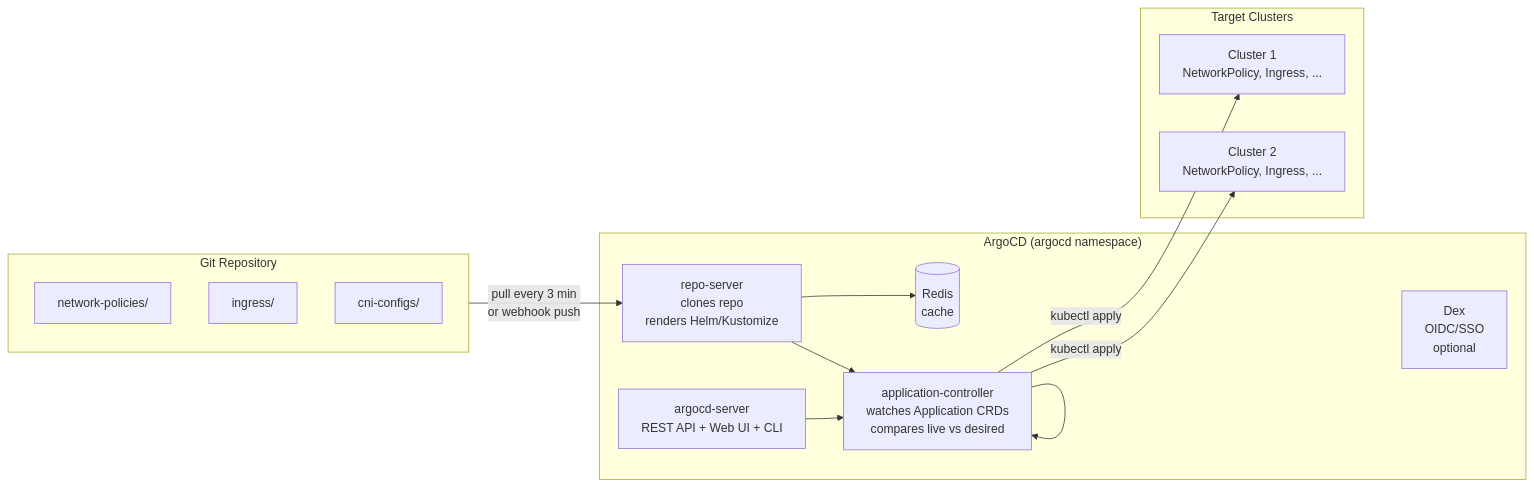
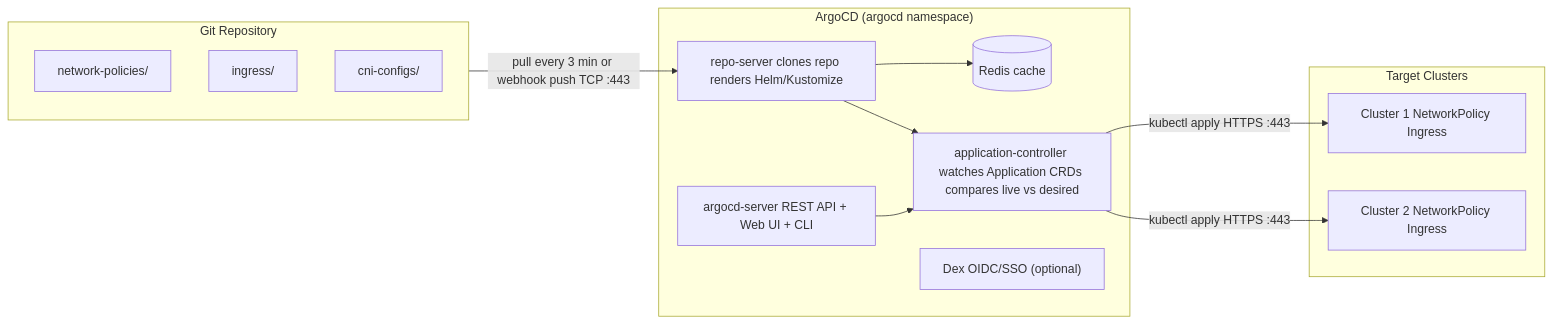
The first of 2 diagrams in lessons/33-argocd-gitops.md (MykolaLebid/Kubernetes_networking_engineering), drawn with Mermaid before and after one commit. The commit also changed other lines of this file and 35 other files, not shown here.

First line of the commit message:
Restructure all 34 lessons: Theory/Practice split, richer diagrams, industry examples, navigation

````diff
--- a/lessons/33-argocd-gitops.md
+++ b/lessons/33-argocd-gitops.md
@@ -26,23 +18,23 @@
 ```mermaid
 flowchart LR
     subgraph Git["Git Repository"]
-        NP[network-policies/]
-        IC[ingress/]
-        CNI[cni-configs/]
+        NP["network-policies/"]
+        IC["ingress/"]
+        CNI["cni-configs/"]
     end
     subgraph ArgoCD["ArgoCD (argocd namespace)"]
-        RS[repo-server\nclones repo\nrenders Helm/Kustomize] --> Redis[(Redis\ncache)]
-        AC[application-controller\nwatches Application CRDs\ncompares live vs desired] --> AC
-        SRV[argocd-server\nREST API + Web UI + CLI]
-        DEX[Dex\nOIDC/SSO\noptional]
+        RS["repo-server clones repo renders Helm/Kustomize"] --> Redis[("Redis cache")]
+        AC["application-controller watches Application CRDs compares live vs desired"]
+        SRV["argocd-server REST API + Web UI + CLI"]
+        DEX["Dex OIDC/SSO (optional)"]
     end
     subgraph Clusters["Target Clusters"]
-        K1[Cluster 1\nNetworkPolicy, Ingress, ...]
-        K2[Cluster 2\nNetworkPolicy, Ingress, ...]
+        K1["Cluster 1 NetworkPolicy Ingress"]
+        K2["Cluster 2 NetworkPolicy Ingress"]
     end
-    Git -->|pull every 3 min\nor webhook push| RS
+    Git --"pull every 3 min or webhook push TCP :443"--> RS
     RS --> AC
-    AC -->|kubectl apply| K1
-    AC -->|kubectl apply| K2
+    AC --"kubectl apply HTTPS :443"--> K1
+    AC --"kubectl apply HTTPS :443"--> K2
     SRV --> AC
 ```
````
